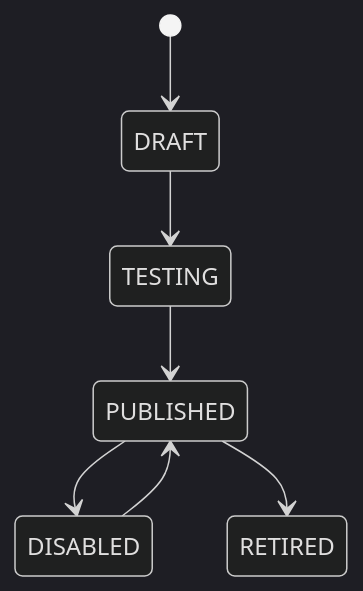
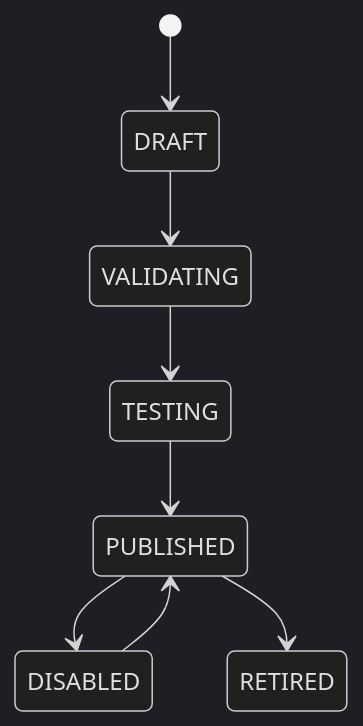
One commit to D-engahmed/OMILINKS changed the second of 4 diagrams in docs/domain/workflows.md. Above: the diagram before and after it, drawn with Mermaid (dark theme). The commit also changed other lines of this file and 1 other file, not shown here.

```diff
--- a/docs/domain/workflows.md
+++ b/docs/domain/workflows.md
@@ -29,9 +32,10 @@
 ~~~mermaid
 stateDiagram-v2
     [*] --> DRAFT
-    DRAFT --> TESTING
+    DRAFT --> VALIDATING
+    VALIDATING --> TESTING
     TESTING --> PUBLISHED
     PUBLISHED --> DISABLED
     DISABLED --> PUBLISHED
     PUBLISHED --> RETIRED
 ~~~
```
